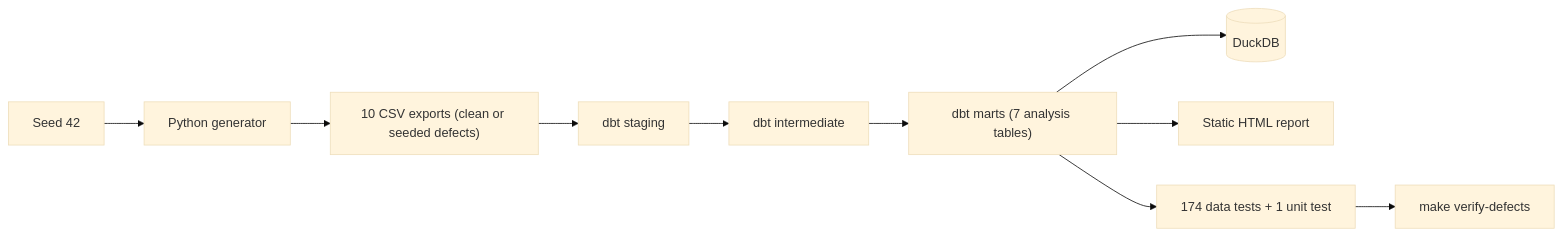
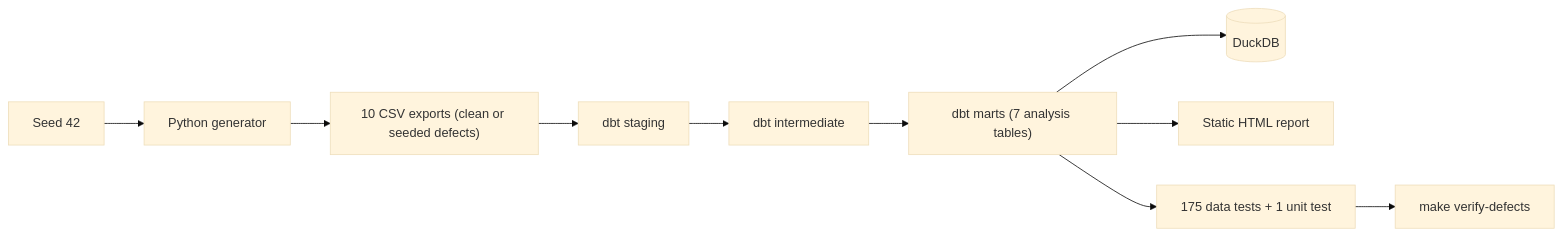
The diagram in README.md (willowvibe/plm-bom-pipeline), drawn with Mermaid (base theme) before and after one commit. The commit also changed 7 other files, not shown here.

````diff
--- a/README.md
+++ b/README.md
@@ -22,12 +22,12 @@
 ```mermaid
 flowchart LR
     seed["Seed 42"] --> gen["Python generator"]
     gen --> csv["10 CSV exports (clean or seeded defects)"]
     csv --> staging["dbt staging"]
     staging --> inter["dbt intermediate"]
     inter --> marts["dbt marts (7 analysis tables)"]
     marts --> db[("DuckDB")]
     marts --> report["Static HTML report"]
-    marts --> tests["174 data tests + 1 unit test"]
+    marts --> tests["175 data tests + 1 unit test"]
     tests --> verify["make verify-defects"]
 ```
````
